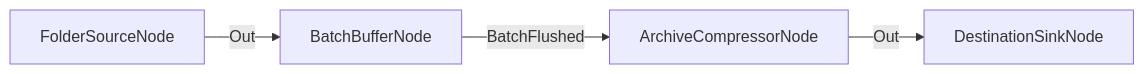
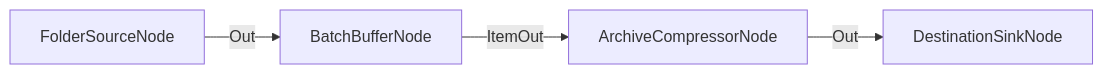
The diagram in docs/examples/03_advanced/flow_21_procesamiento_por_lotes_batch.md (kaoticos53/ArchiveProceser), drawn with Mermaid before and after one commit. The commit also changed other lines of this file and 114 other files, not shown here.

````diff
--- a/docs/examples/03_advanced/flow_21_procesamiento_por_lotes_batch.md
+++ b/docs/examples/03_advanced/flow_21_procesamiento_por_lotes_batch.md
@@ -10,6 +10,6 @@
 ```mermaid
 graph LR
   A[FolderSourceNode] -->|Out| B[BatchBufferNode]
-  B -->|BatchFlushed| C[ArchiveCompressorNode]
+  B -->|ItemOut| C[ArchiveCompressorNode]
   C -->|Out| D[DestinationSinkNode]
 ```
````
